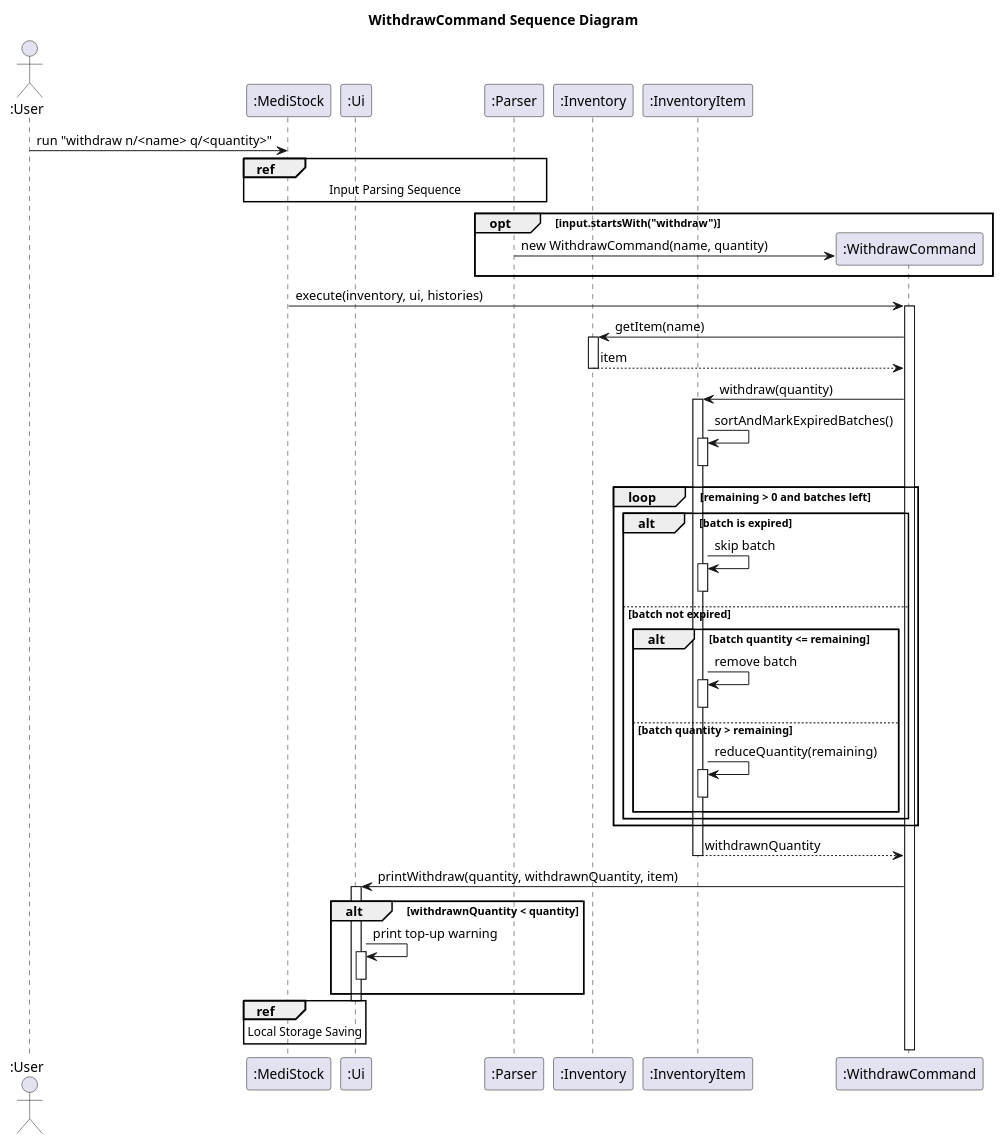
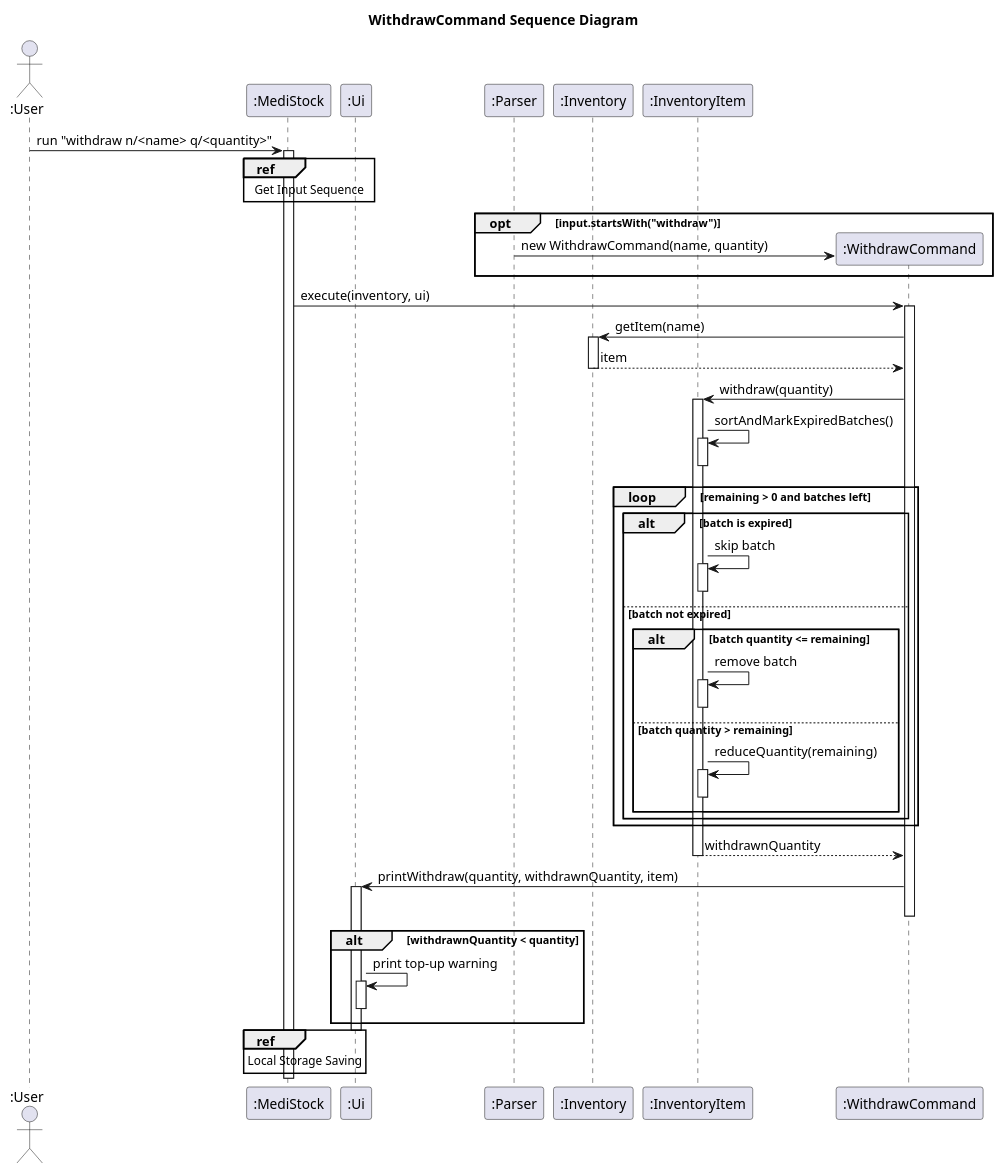
The diagram in docs/uml/WithdrawCommandSequenceDiagram.puml (AY2526S2-CS2113-T05-2/tp), drawn with PlantUML before and after one commit. The commit also changed 1 other file, not shown here.

Commit message:
Updated WithdrawCommand sequence diagrams

```diff
--- a/docs/uml/WithdrawCommandSequenceDiagram.puml
+++ b/docs/uml/WithdrawCommandSequenceDiagram.puml
@@ -1,61 +1,65 @@
 @startuml
 title WithdrawCommand Sequence Diagram
 
 actor ":User" as User
 participant ":MediStock" as App
 participant ":Ui" as Ui
 participant ":Parser" as Parser
 participant ":Inventory" as Inventory
 participant ":InventoryItem" as Item
 
 User -> App : run "withdraw n/<name> q/<quantity>"
-ref over App, Ui, Parser
-    Input Parsing Sequence
+activate App
+ref over App, Ui
+    Get Input Sequence
 end
 opt input.startsWith("withdraw")
     create ":WithdrawCommand" as WithdrawCommand
     Parser -> WithdrawCommand : new WithdrawCommand(name, quantity)
 end
-App -> WithdrawCommand ++: execute(inventory, ui, histories)
+App -> WithdrawCommand ++: execute(inventory, ui)
 
 WithdrawCommand -> Inventory ++: getItem(name)
 return item
 
 WithdrawCommand -> Item ++: withdraw(quantity)
 
 Item -> Item : sortAndMarkExpiredBatches()
 activate Item
 deactivate Item
 
 loop remaining > 0 and batches left
     alt batch is expired
         Item -> Item : skip batch
         activate Item
         deactivate Item
     else batch not expired
         alt batch quantity <= remaining
             Item -> Item : remove batch
             activate Item
             deactivate Item
         else batch quantity > remaining
             Item -> Item : reduceQuantity(remaining)
             activate Item
             deactivate Item
         end
     end
 end
 
 return withdrawnQuantity
 
 WithdrawCommand -> Ui ++: printWithdraw(quantity, withdrawnQuantity, item)
+deactivate WithdrawCommand
+
 alt withdrawnQuantity < quantity
     Ui -> Ui : print top-up warning
     activate Ui
     deactivate Ui
 end
 deactivate Ui
 
 ref over App
     Local Storage Saving
 end
+deactivate App
 @enduml
```
